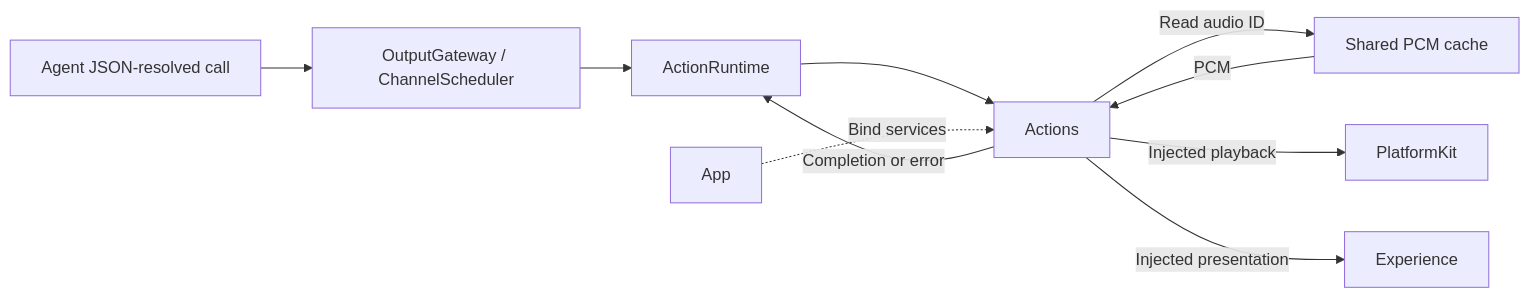
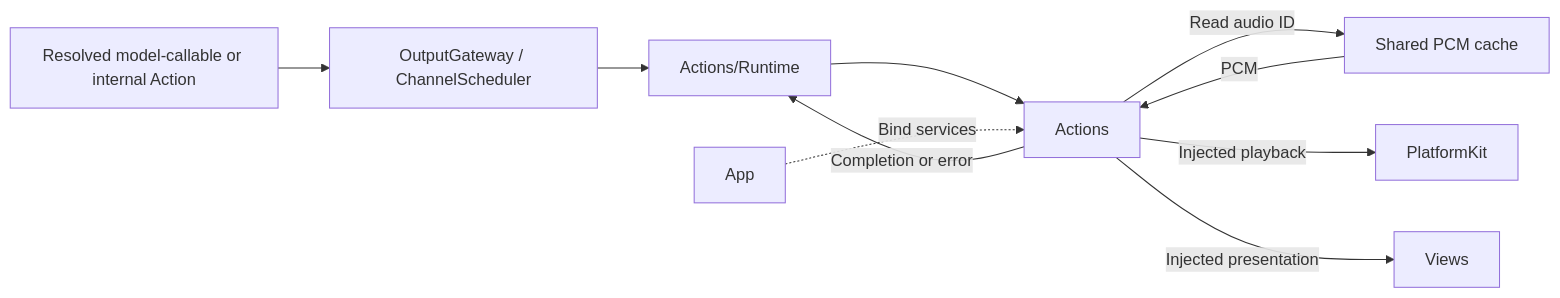
Before and after one commit to devilyouwei/MobileHarness: the first of 2 diagrams in MobileHarness/Actions/README.md, drawn with Mermaid. The commit also changed other lines of this file and 132 other files, not shown here.

````diff
--- a/MobileHarness/Actions/README.md
+++ b/MobileHarness/Actions/README.md
@@ -26,12 +28,12 @@
 ```mermaid
 flowchart LR
-    Agent[Agent JSON-resolved call] --> Gateway[OutputGateway / ChannelScheduler]
-    Gateway --> Runtime[ActionRuntime]
+    Agent[Resolved model-callable or internal Action] --> Gateway[OutputGateway / ChannelScheduler]
+    Gateway --> Runtime[Actions/Runtime]
     Runtime --> Actions
     App -.->|Bind services| Actions
     Actions -->|Read audio ID| Cache[Shared PCM cache]
     Cache -->|PCM| Actions
     Actions -->|Injected playback| PlatformKit
-    Actions -->|Injected presentation| Experience
+    Actions -->|Injected presentation| Views
     Actions -->|Completion or error| Runtime
 ```
````
